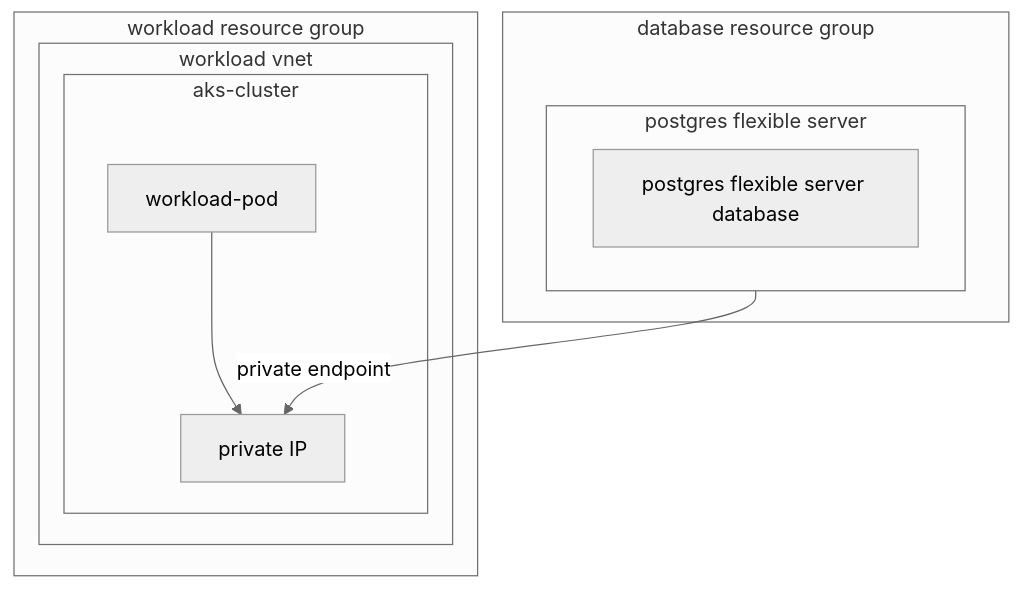
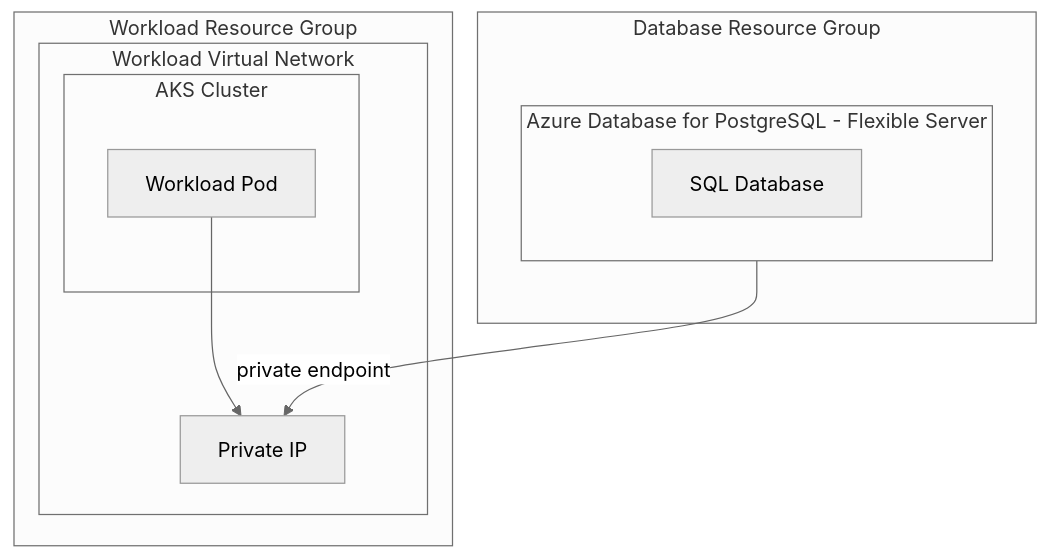
Before and after one commit to humanitec-architecture/resource-packs-azure: the first of 2 diagrams in examples/postgres/README.md, drawn with Mermaid (neutral theme). The commit also changed other lines of this file and 6 other files, not shown here.

Commit message:
feat: add infrastructure and orchestrator diagrams

````diff
--- a/examples/postgres/README.md
+++ b/examples/postgres/README.md
@@ -27,18 +27,18 @@
 ```mermaid
 graph TD;
-    subgraph database resource group
-        subgraph server["postgres flexible server"]
-            database["postgres flexible server database"]
+    subgraph Database Resource Group
+        subgraph server["Azure Database for PostgreSQL - Flexible Server"]
+            database["SQL Database"]
         end
     end
-    subgraph workload resource group
-       subgraph workload vnet
-          pip["private IP"]
+    subgraph Workload Resource Group
+       subgraph Workload Virtual Network
+          pip["Private IP"]
           server -- private endpoint --> pip
-
-          subgraph aks-cluster
+          subgraph AKS Cluster
+            workload-pod["Workload Pod"]
+          end
             workload-pod --> pip
-          end
        end
     end
 ```
````
